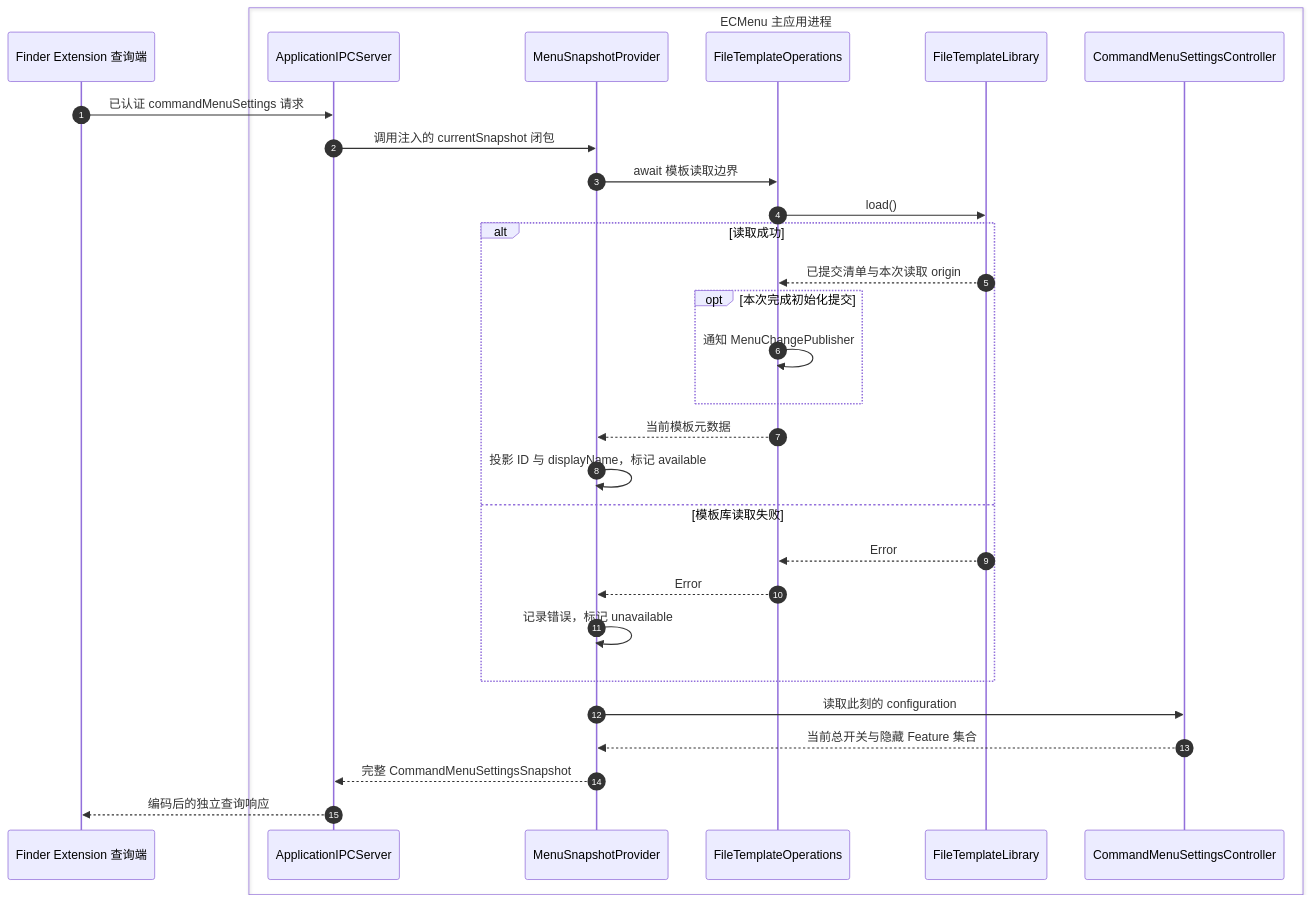
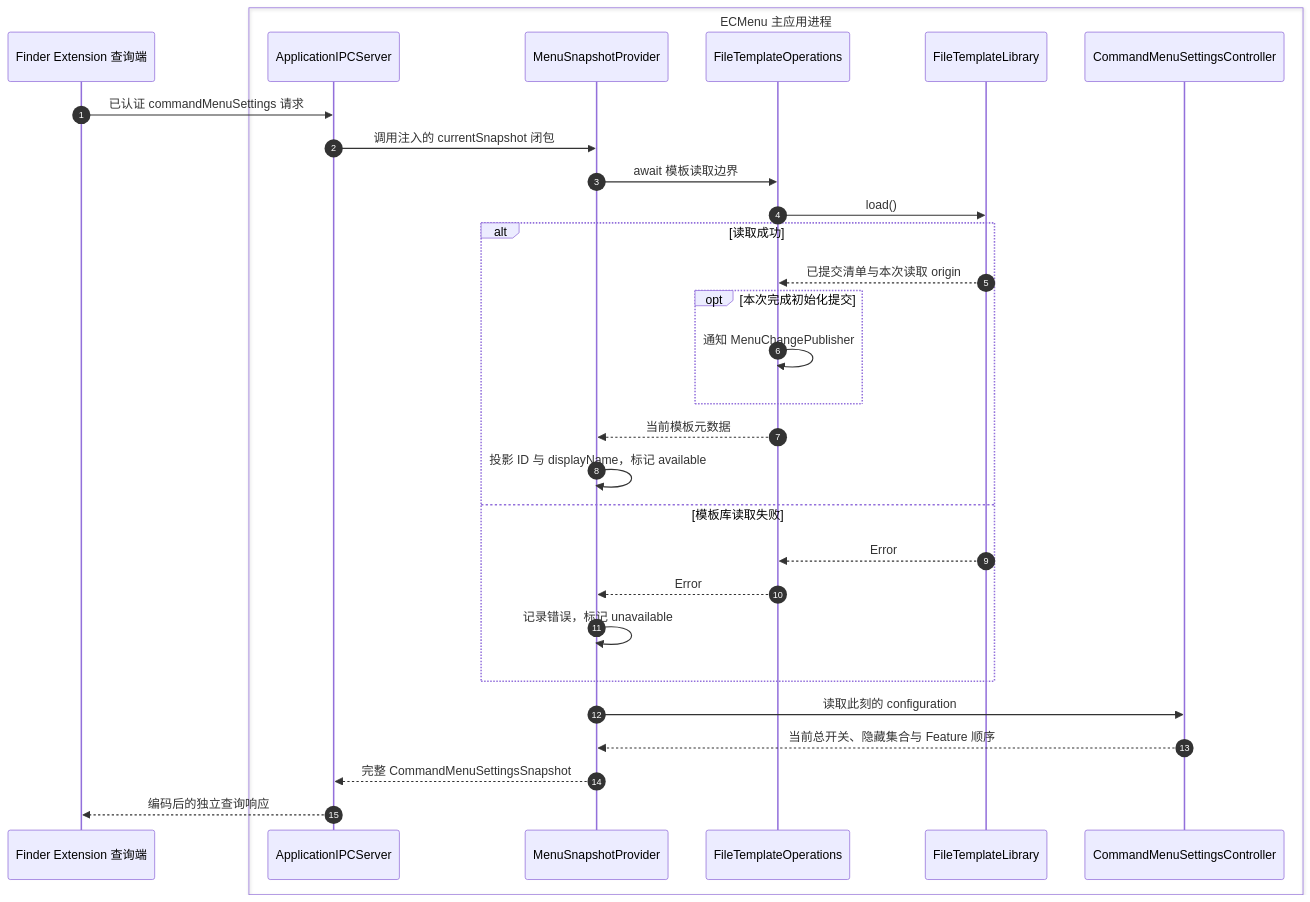
The second of 2 diagrams in spec/Technical/Runtime/CommandMenuSettings.md (tlb-22/mac-tool-ecmenu), drawn with Mermaid before and after one commit. The commit also changed other lines of this file and 48 other files, not shown here.

````diff
--- a/spec/Technical/Runtime/CommandMenuSettings.md
+++ b/spec/Technical/Runtime/CommandMenuSettings.md
@@ -51,32 +79,32 @@
 ```mermaid
 sequenceDiagram
     autonumber
     participant E as Finder Extension 查询端
     box ECMenu 主应用进程
         participant I as ApplicationIPCServer
         participant P as MenuSnapshotProvider
         participant T as FileTemplateOperations
         participant L as FileTemplateLibrary
         participant C as CommandMenuSettingsController
     end
     E->>I: 已认证 commandMenuSettings 请求
     I->>P: 调用注入的 currentSnapshot 闭包
     P->>T: await 模板读取边界
     T->>L: load()
     alt 读取成功
         L-->>T: 已提交清单与本次读取 origin
         opt 本次完成初始化提交
             T->>T: 通知 MenuChangePublisher
         end
         T-->>P: 当前模板元数据
         P->>P: 投影 ID 与 displayName，标记 available
     else 模板库读取失败
         L-->>T: Error
         T-->>P: Error
         P->>P: 记录错误，标记 unavailable
     end
     P->>C: 读取此刻的 configuration
-    C-->>P: 当前总开关与隐藏 Feature 集合
+    C-->>P: 当前总开关、隐藏集合与 Feature 顺序
     P-->>I: 完整 CommandMenuSettingsSnapshot
     I-->>E: 编码后的独立查询响应
 ```
````
